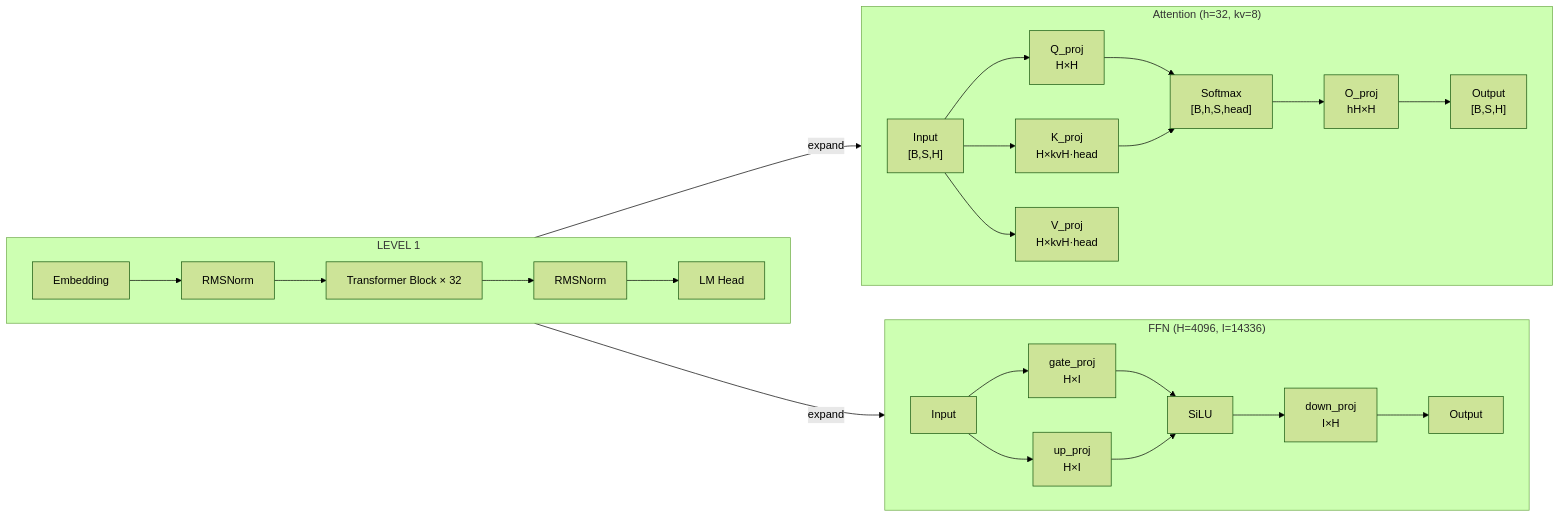
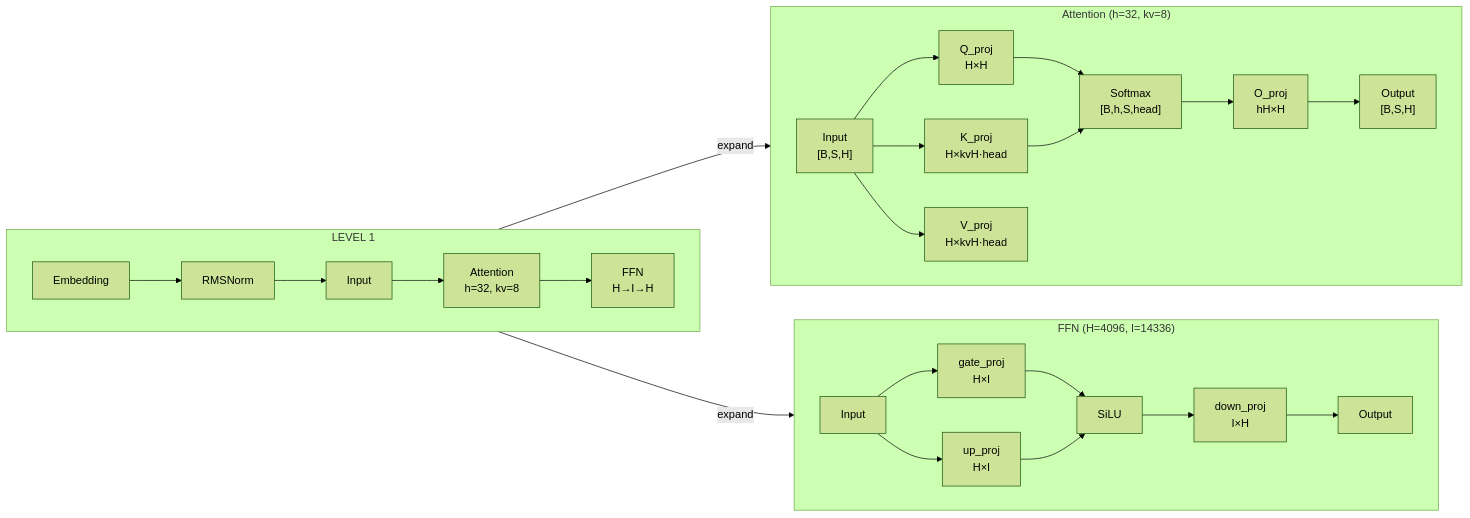
Before and after one commit to kevinoldching/agent-skills: the second of 2 diagrams in llm_arch_generator/docs/superpowers/specs/2026-03-26-llm_arch_generator-design.md, drawn with Mermaid (forest theme). The commit also changed other lines of this file, not shown here.

First line of the commit message:
docs: fix Level 1 and Level 2 mermaid diagrams

````diff
--- a/llm_arch_generator/docs/superpowers/specs/2026-03-26-llm_arch_generator-design.md
+++ b/llm_arch_generator/docs/superpowers/specs/2026-03-26-llm_arch_generator-design.md
@@ -206,35 +207,35 @@
 ```mermaid
 graph LR
     subgraph L1["LEVEL 1"]
         direction LR
         E["Embedding"] --> LN1["RMSNorm"]
-        LN1 --> TB["Transformer Block × 32"]
-        TB --> LN2["RMSNorm"]
-        LN2 --> LM["LM Head"]
+        LN1 --> Input["Input"]
+        Input --> Attn1["Attention<br/>h=32, kv=8"]
+        Attn1 --> FFN1["FFN<br/>H→I→H"]
+        style L1 dashed
     end
 
-    TB -->|"expand"| Attn[" "]
+    L1 -->|"expand"| Attn[" "]
+    L1 -->|"expand"| FFN[" "]
 
     subgraph Attn["Attention (h=32, kv=8)"]
         direction LR
         In["Input<br/>[B,S,H]"] --> Q["Q_proj<br/>H×H"]
         In --> K["K_proj<br/>H×kvH·head"]
         In --> V["V_proj<br/>H×kvH·head"]
         Q --> Soft["Softmax<br/>[B,h,S,head]"]
         K --> Soft
         Soft --> O["O_proj<br/>hH×H"]
         O --> Out["Output<br/>[B,S,H]"]
     end
 
-    TB -->|"expand"| FFN[" "]
-
     subgraph FFN["FFN (H=4096, I=14336)"]
         direction LR
         Fin["Input"] --> Gate["gate_proj<br/>H×I"]
         Fin --> Up["up_proj<br/>H×I"]
         Gate --> Mul["SiLU"]
         Up --> Mul
         Mul --> Down["down_proj<br/>I×H"]
         Down --> Fout["Output"]
     end
 ```
````
